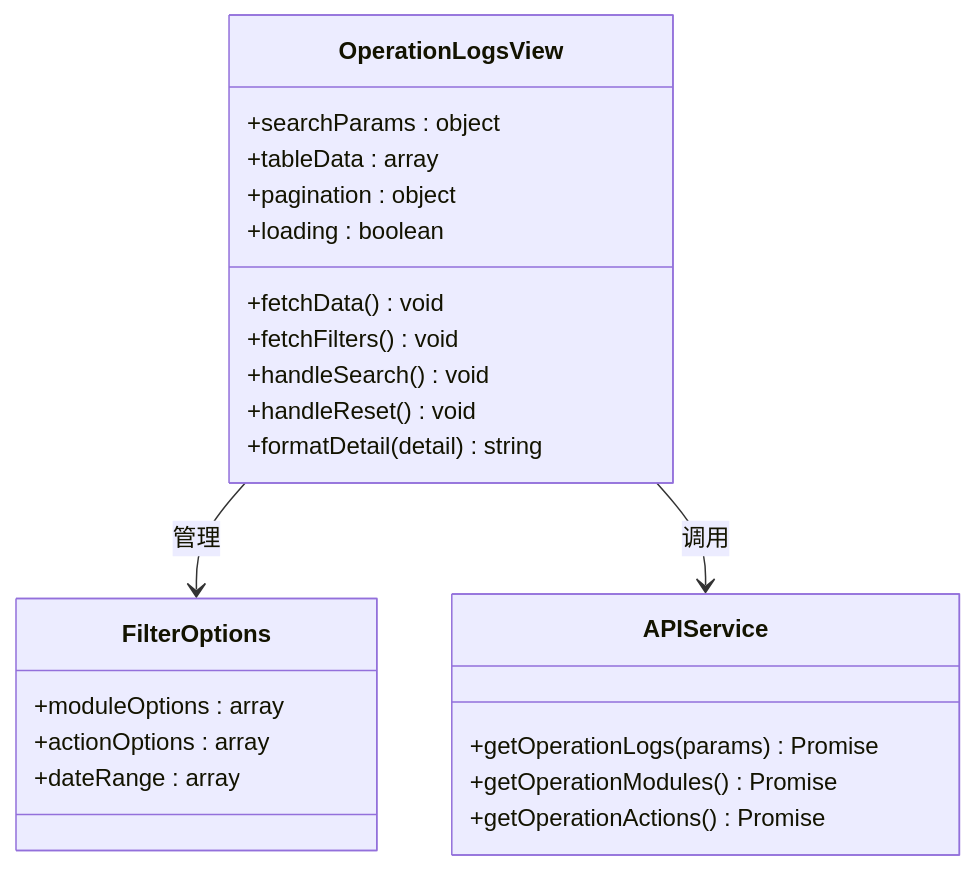
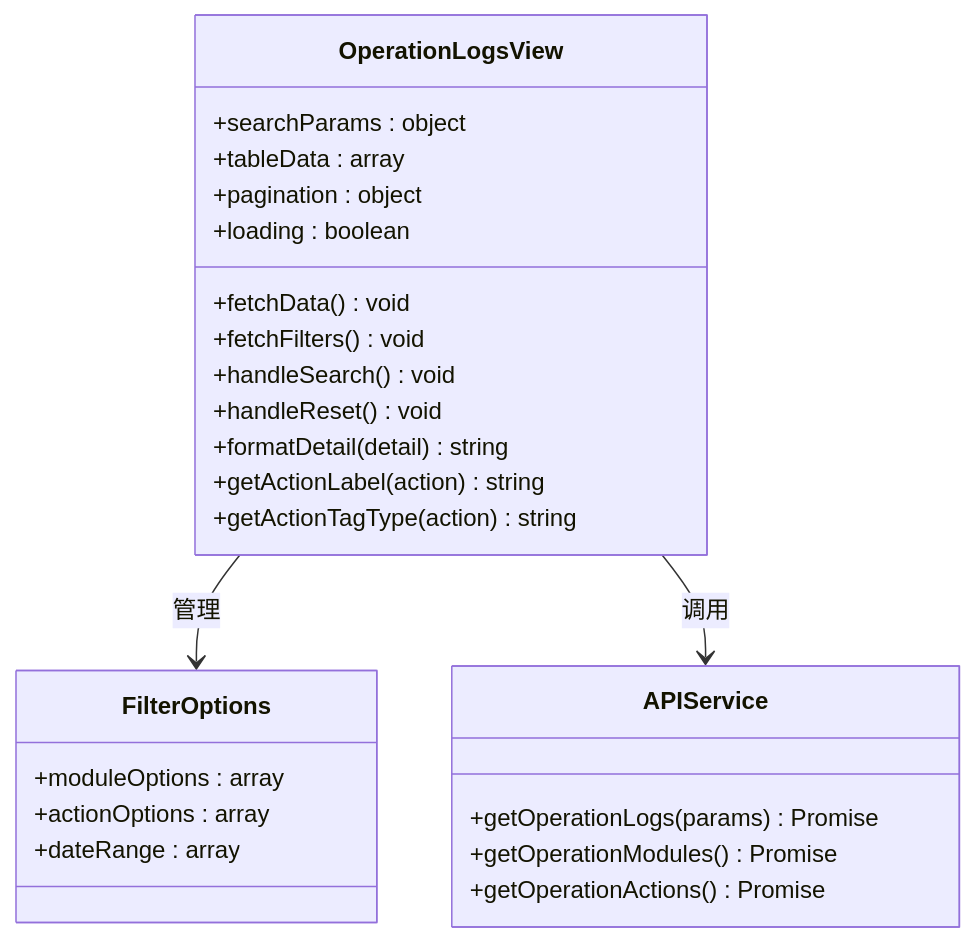
One commit to ismine3/OPS changed the sixth of 9 diagrams in .qoder/repowiki/zh/content/核心功能模块/操作日志管理模块.md. Above: the diagram before and after it, drawn with Mermaid. The commit also changed other lines of this file and 5 other files, not shown here.

````diff
--- a/.qoder/repowiki/zh/content/核心功能模块/操作日志管理模块.md
+++ b/.qoder/repowiki/zh/content/核心功能模块/操作日志管理模块.md
@@ -226,26 +253,28 @@
 ```mermaid
 classDiagram
 class OperationLogsView {
 +searchParams : object
 +tableData : array
 +pagination : object
 +loading : boolean
 +fetchData() void
 +fetchFilters() void
 +handleSearch() void
 +handleReset() void
 +formatDetail(detail) string
++getActionLabel(action) string
++getActionTagType(action) string
 }
 class FilterOptions {
 +moduleOptions : array
 +actionOptions : array
 +dateRange : array
 }
 class APIService {
 +getOperationLogs(params) Promise
 +getOperationModules() Promise
 +getOperationActions() Promise
 }
 OperationLogsView --> FilterOptions : 管理
 OperationLogsView --> APIService : 调用
 ```
````
